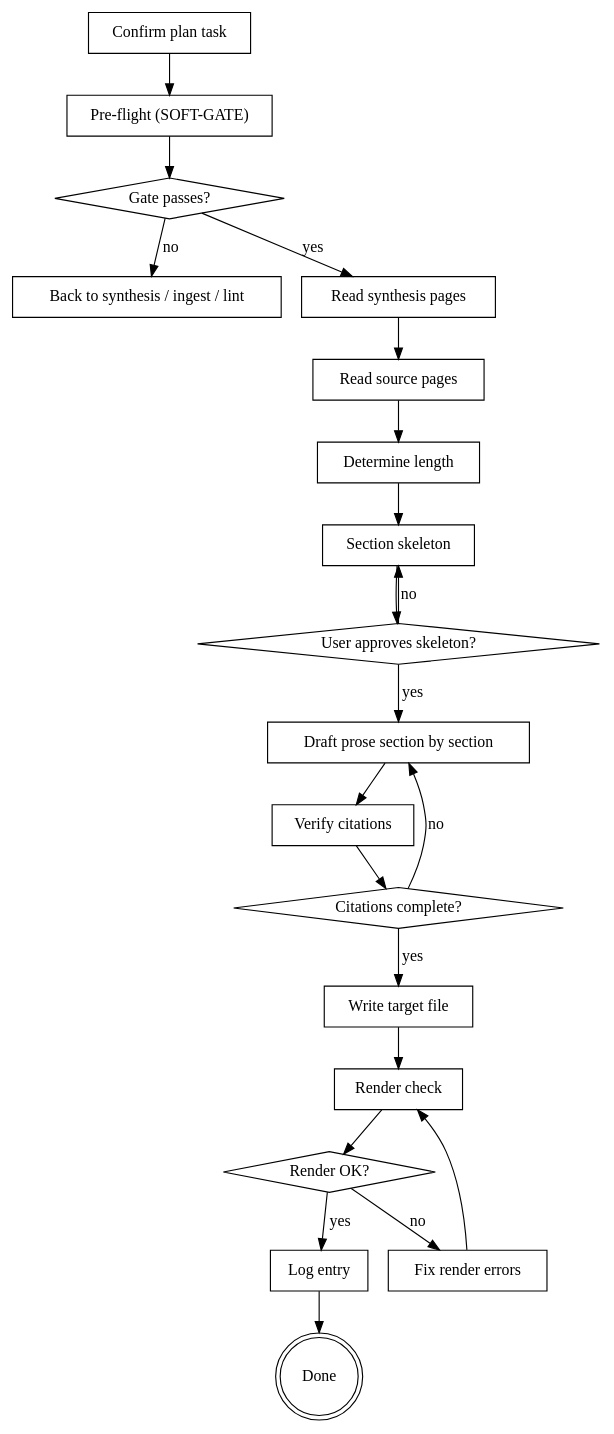
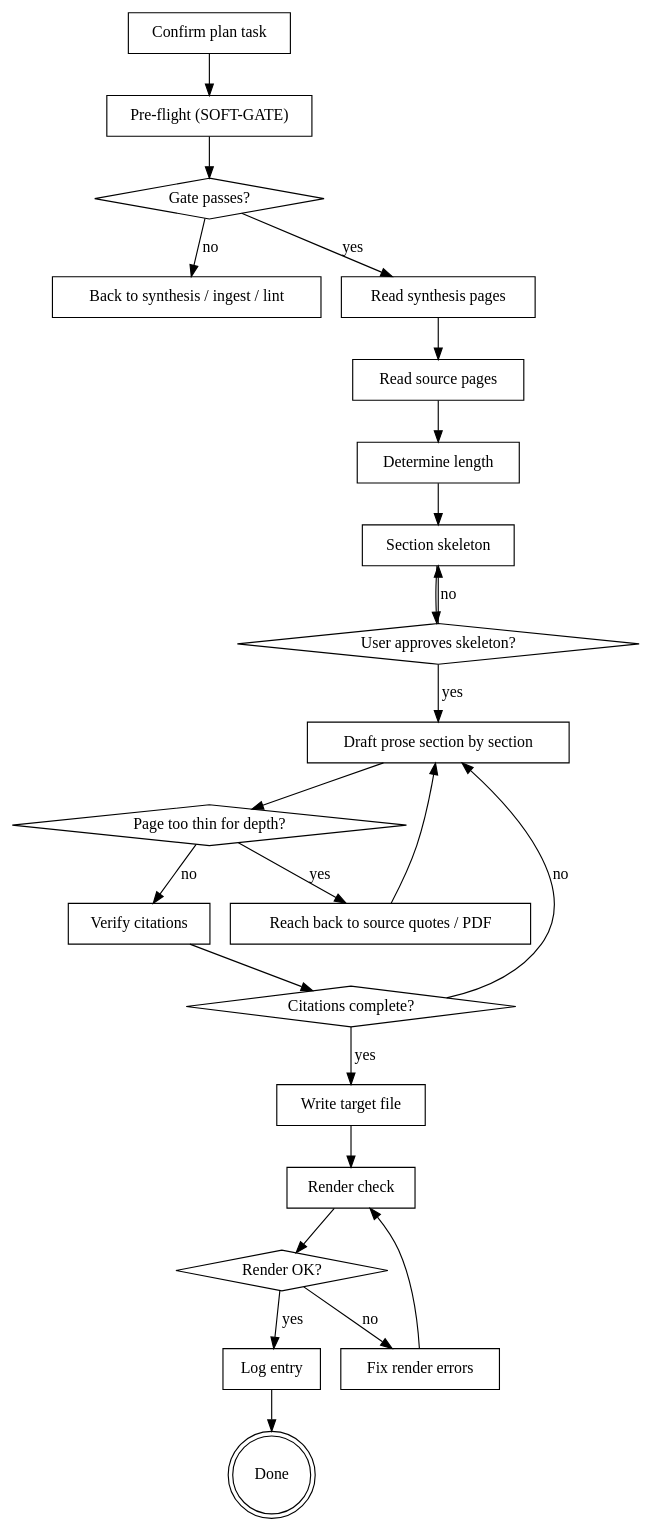
One commit to leiverkus/research-superpowers changed the diagram in skills/drafting-manuscript/SKILL.md. Above: the diagram before and after it, drawn with Graphviz. The commit also changed other lines of this file and 5 other files, not shown here.

````diff
--- a/skills/drafting-manuscript/SKILL.md
+++ b/skills/drafting-manuscript/SKILL.md
@@ -85,43 +91,48 @@
 ```dot
 digraph drafting {
     "Confirm plan task" [shape=box];
     "Pre-flight (SOFT-GATE)" [shape=box];
     "Gate passes?" [shape=diamond];
     "Back to synthesis / ingest / lint" [shape=box];
     "Read synthesis pages" [shape=box];
     "Read source pages" [shape=box];
     "Determine length" [shape=box];
     "Section skeleton" [shape=box];
     "User approves skeleton?" [shape=diamond];
     "Draft prose section by section" [shape=box];
+    "Page too thin for depth?" [shape=diamond];
+    "Reach back to source quotes / PDF" [shape=box];
     "Verify citations" [shape=box];
     "Citations complete?" [shape=diamond];
     "Write target file" [shape=box];
     "Render check" [shape=box];
     "Render OK?" [shape=diamond];
     "Fix render errors" [shape=box];
     "Log entry" [shape=box];
     "Done" [shape=doublecircle];
 
     "Confirm plan task" -> "Pre-flight (SOFT-GATE)";
     "Pre-flight (SOFT-GATE)" -> "Gate passes?";
     "Gate passes?" -> "Back to synthesis / ingest / lint" [label="no"];
     "Gate passes?" -> "Read synthesis pages" [label="yes"];
     "Read synthesis pages" -> "Read source pages";
     "Read source pages" -> "Determine length";
     "Determine length" -> "Section skeleton";
     "Section skeleton" -> "User approves skeleton?";
     "User approves skeleton?" -> "Section skeleton" [label="no"];
     "User approves skeleton?" -> "Draft prose section by section" [label="yes"];
-    "Draft prose section by section" -> "Verify citations";
+    "Draft prose section by section" -> "Page too thin for depth?";
+    "Page too thin for depth?" -> "Reach back to source quotes / PDF" [label="yes"];
+    "Reach back to source quotes / PDF" -> "Draft prose section by section";
+    "Page too thin for depth?" -> "Verify citations" [label="no"];
     "Verify citations" -> "Citations complete?";
     "Citations complete?" -> "Draft prose section by section" [label="no"];
     "Citations complete?" -> "Write target file" [label="yes"];
     "Write target file" -> "Render check";
     "Render check" -> "Render OK?";
     "Render OK?" -> "Fix render errors" [label="no"];
     "Fix render errors" -> "Render check";
     "Render OK?" -> "Log entry" [label="yes"];
     "Log entry" -> "Done";
 }
 ```
````
